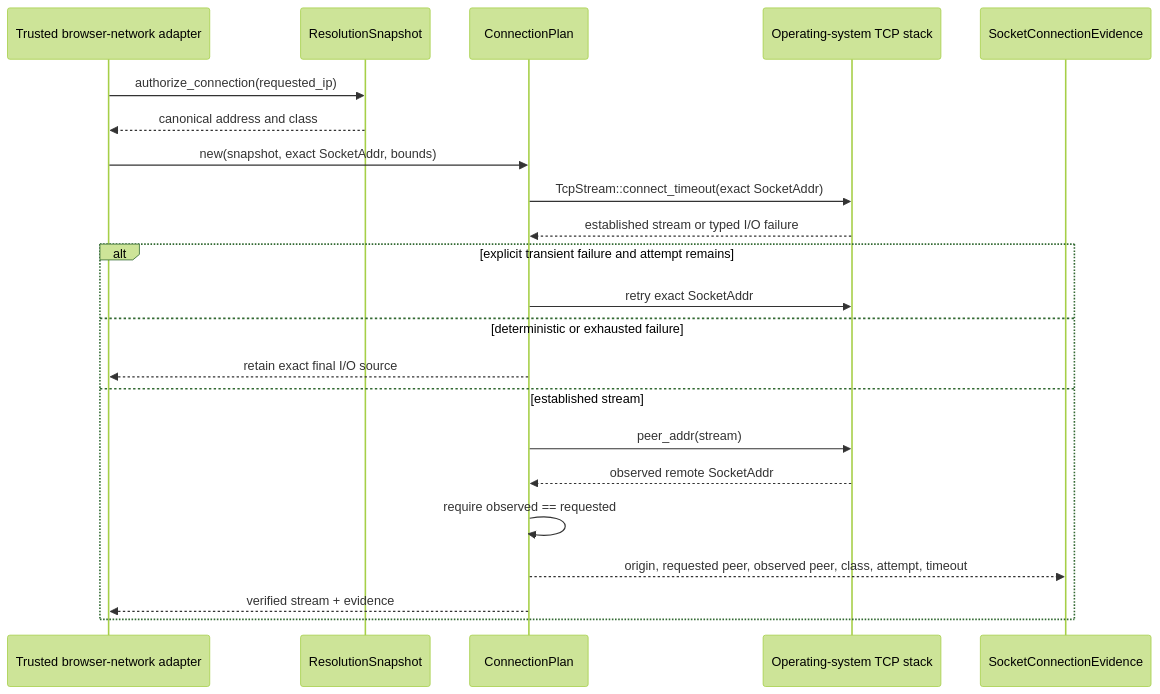
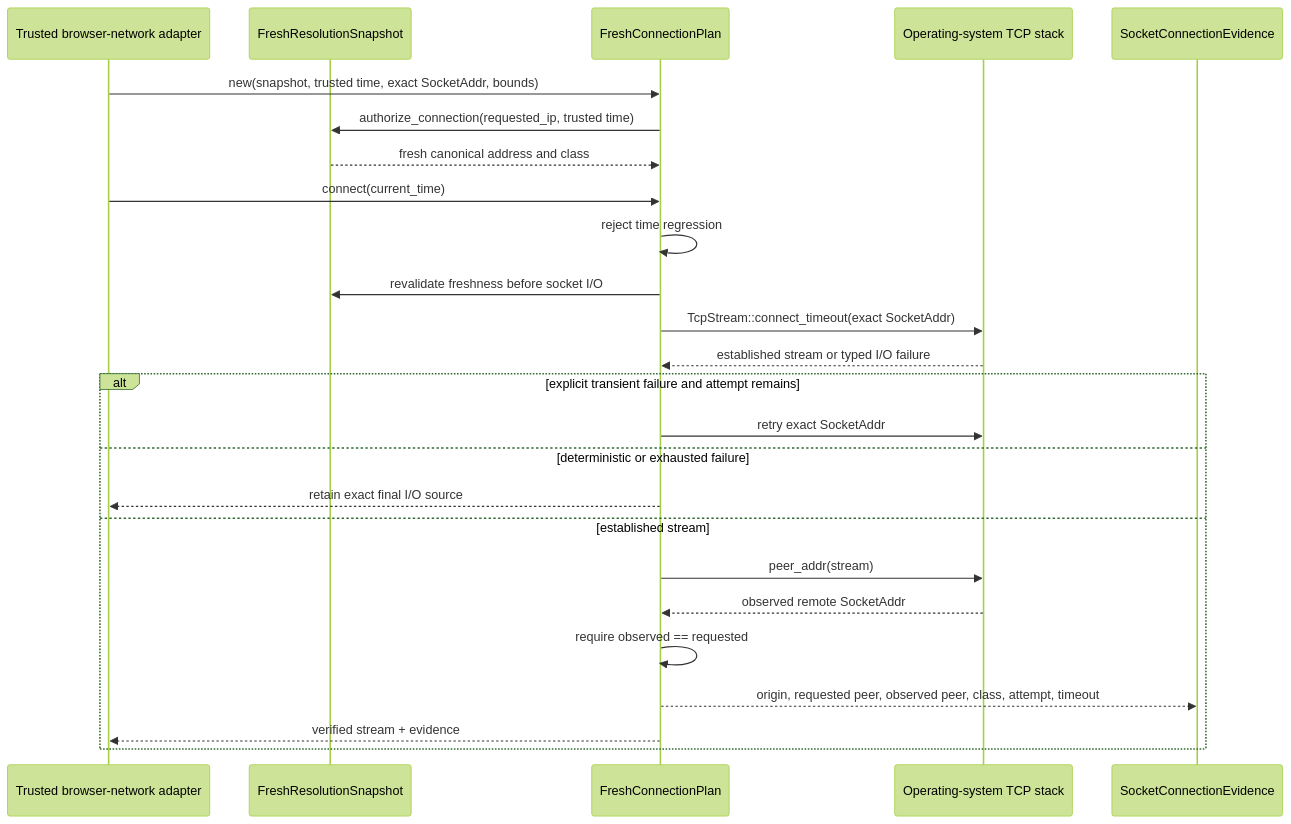
The diagram in docs/adr/0005-direct-socket-binding.md (ContextualWisdomLab/OriginWeave), drawn with Mermaid (forest theme) before and after one commit. The commit also changed other lines of this file and 3 other files, not shown here.

````diff
--- a/docs/adr/0005-direct-socket-binding.md
+++ b/docs/adr/0005-direct-socket-binding.md
@@ -32,25 +33,28 @@
 ```mermaid
 sequenceDiagram
     participant Adapter as Trusted browser-network adapter
-    participant Snapshot as ResolutionSnapshot
-    participant Plan as ConnectionPlan
+    participant Snapshot as FreshResolutionSnapshot
+    participant Plan as FreshConnectionPlan
     participant OS as Operating-system TCP stack
     participant Evidence as SocketConnectionEvidence
 
-    Adapter->>Snapshot: authorize_connection(requested_ip)
-    Snapshot-->>Adapter: canonical address and class
-    Adapter->>Plan: new(snapshot, exact SocketAddr, bounds)
+    Adapter->>Plan: new(snapshot, trusted time, exact SocketAddr, bounds)
+    Plan->>Snapshot: authorize_connection(requested_ip, trusted time)
+    Snapshot-->>Plan: fresh canonical address and class
+    Adapter->>Plan: connect(current_time)
+    Plan->>Plan: reject time regression
+    Plan->>Snapshot: revalidate freshness before socket I/O
     Plan->>OS: TcpStream::connect_timeout(exact SocketAddr)
     OS-->>Plan: established stream or typed I/O failure
     alt explicit transient failure and attempt remains
         Plan->>OS: retry exact SocketAddr
     else deterministic or exhausted failure
         Plan-->>Adapter: retain exact final I/O source
     else established stream
         Plan->>OS: peer_addr(stream)
         OS-->>Plan: observed remote SocketAddr
         Plan->>Plan: require observed == requested
         Plan-->>Evidence: origin, requested peer, observed peer, class, attempt, timeout
         Plan-->>Adapter: verified stream + evidence
     end
 ```
````
